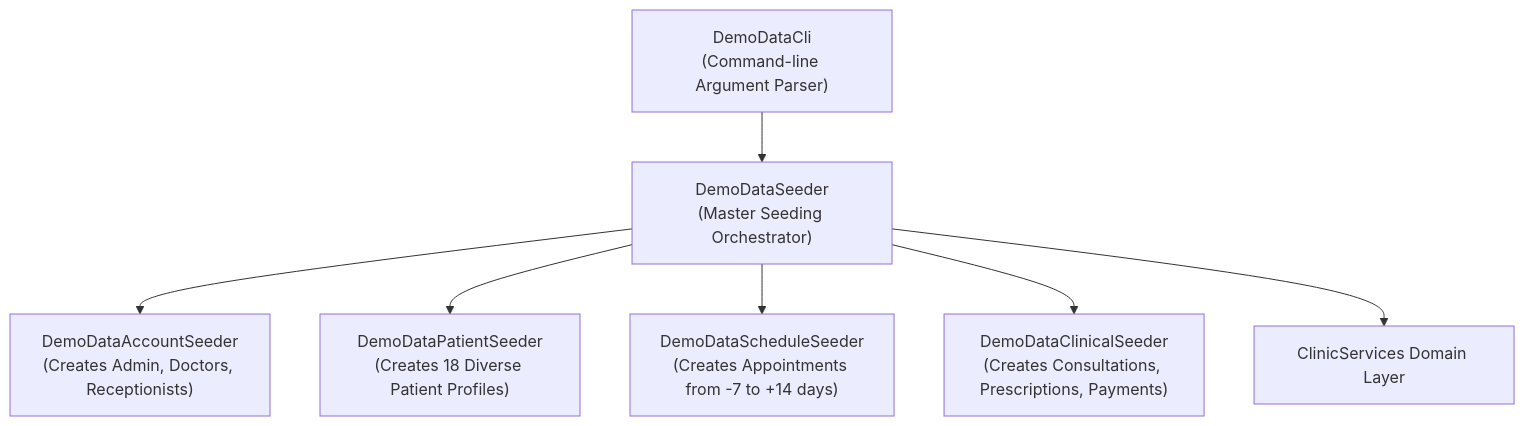
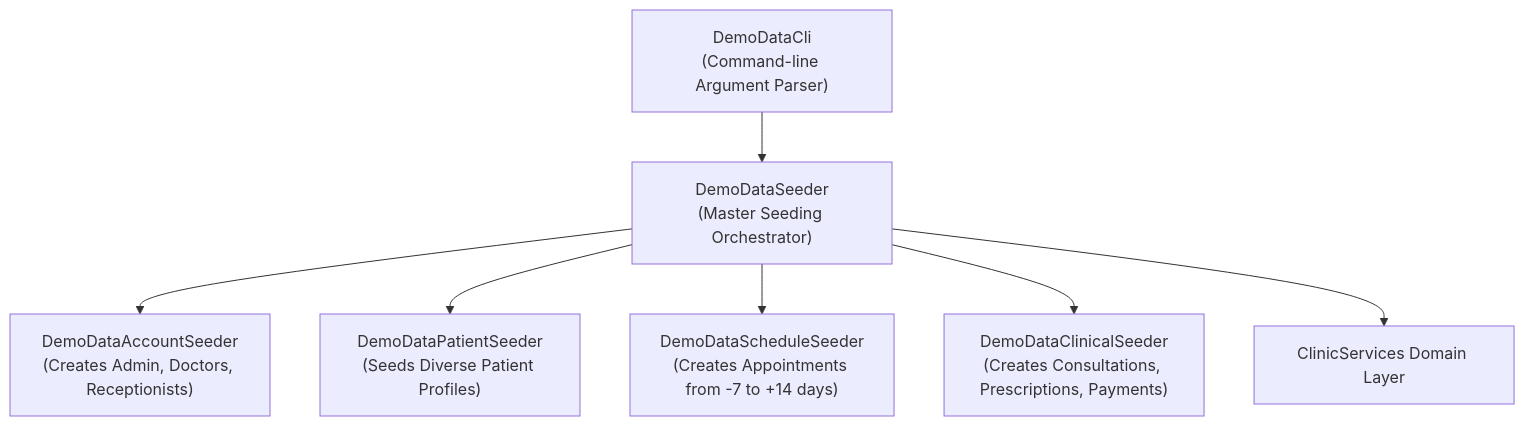
Before and after one commit to CS3227-2610-MP2-NUSynapxe/CS3227-2610-MP2: the ninth of 13 diagrams in docs/ArchitectureAndDesign.md, drawn with Mermaid. The commit also changed other lines of this file and 3 other files, not shown here.

````diff
--- a/docs/ArchitectureAndDesign.md
+++ b/docs/ArchitectureAndDesign.md
@@ -435,11 +435,11 @@
 ```mermaid
 flowchart TD
     CLI["DemoDataCli<br/>(Command-line Argument Parser)"] --> Seeder["DemoDataSeeder<br/>(Master Seeding Orchestrator)"]
 
     Seeder --> AcctSeed["DemoDataAccountSeeder<br/>(Creates Admin, Doctors, Receptionists)"]
-    Seeder --> PatSeed["DemoDataPatientSeeder<br/>(Creates 18 Diverse Patient Profiles)"]
+    Seeder --> PatSeed["DemoDataPatientSeeder<br/>(Seeds Diverse Patient Profiles)"]
     Seeder --> SchedSeed["DemoDataScheduleSeeder<br/>(Creates Appointments from -7 to +14 days)"]
     Seeder --> ClinSeed["DemoDataClinicalSeeder<br/>(Creates Consultations, Prescriptions, Payments)"]
 
     Seeder --> Services["ClinicServices Domain Layer"]
 ```
````
